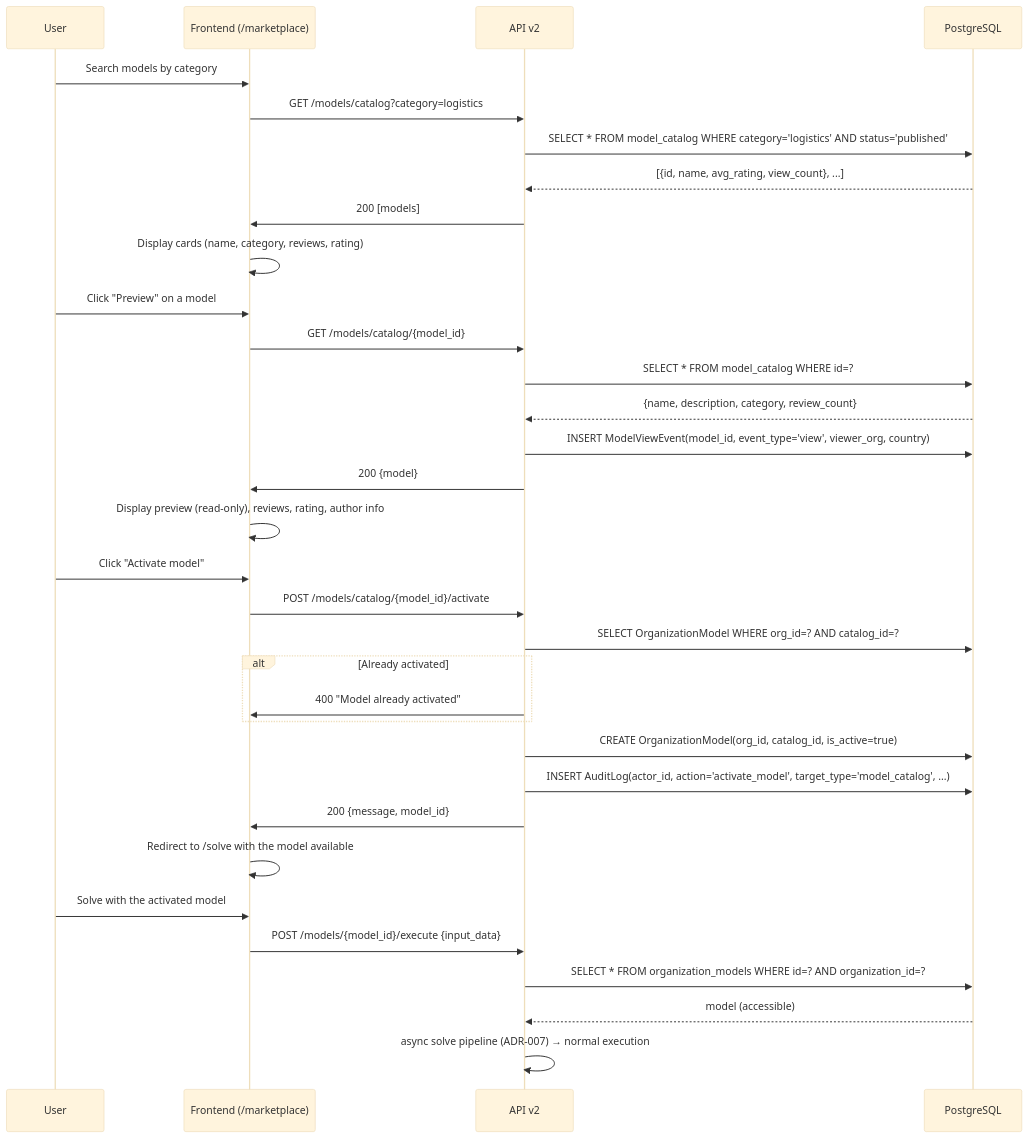
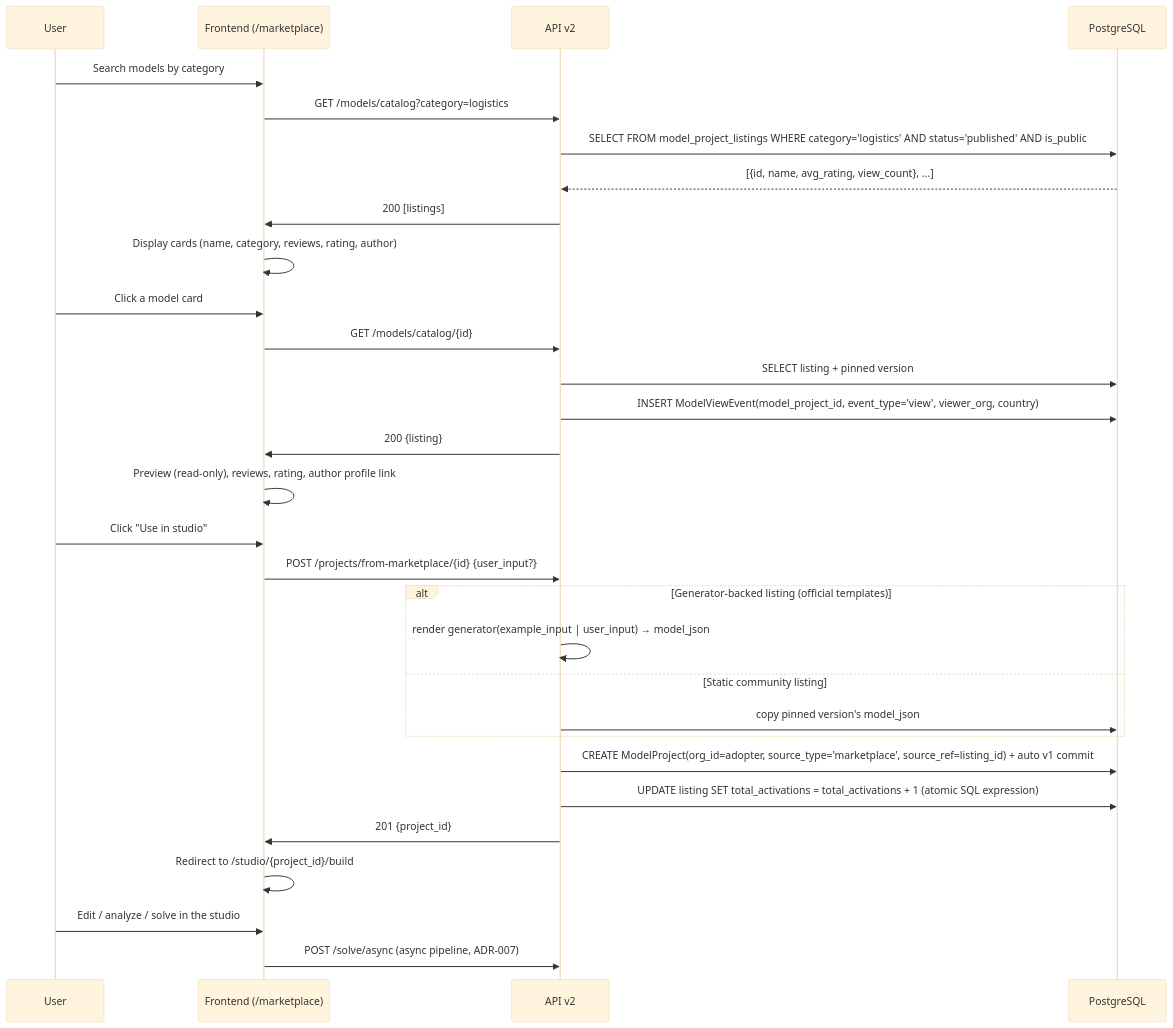
Before and after one commit to avallavall/jaot: the diagram in docs/ARCHITECTURE/07-use-cases/04-marketplace-buy.md, drawn with Mermaid (base theme). The commit also changed other lines of this file and 12 other files, not shown here.

First line of the commit message:
docs(architecture): P1.5 sweep — README and repo docs to the fused reality

````diff
--- a/docs/ARCHITECTURE/07-use-cases/04-marketplace-buy.md
+++ b/docs/ARCHITECTURE/07-use-cases/04-marketplace-buy.md
@@ -11,40 +18,36 @@
 ```mermaid
 sequenceDiagram
     participant User as User
     participant Frontend as Frontend (/marketplace)
     participant API as API v2
     participant DB as PostgreSQL
 
     User->>Frontend: Search models by category
     Frontend->>API: GET /models/catalog?category=logistics
-    API->>DB: SELECT * FROM model_catalog WHERE category='logistics' AND status='published'
+    API->>DB: SELECT FROM model_project_listings WHERE category='logistics' AND status='published' AND is_public
     DB-->>API: [{id, name, avg_rating, view_count}, ...]
-    API->>Frontend: 200 [models]
+    API->>Frontend: 200 [listings]
 
-    Frontend->>Frontend: Display cards (name, category, reviews, rating)
-    User->>Frontend: Click "Preview" on a model
-    Frontend->>API: GET /models/catalog/{model_id}
-    API->>DB: SELECT * FROM model_catalog WHERE id=?
-    DB-->>API: {name, description, category, review_count}
-    API->>DB: INSERT ModelViewEvent(model_id, event_type='view', viewer_org, country)
+    Frontend->>Frontend: Display cards (name, category, reviews, rating, author)
+    User->>Frontend: Click a model card
+    Frontend->>API: GET /models/catalog/{id}
+    API->>DB: SELECT listing + pinned version
+    API->>DB: INSERT ModelViewEvent(model_project_id, event_type='view', viewer_org, country)
+    API->>Frontend: 200 {listing}
+    Frontend->>Frontend: Preview (read-only), reviews, rating, author profile link
 
-    API->>Frontend: 200 {model}
-    Frontend->>Frontend: Display preview (read-only), reviews, rating, author info
+    User->>Frontend: Click "Use in studio"
+    Frontend->>API: POST /projects/from-marketplace/{id} {user_input?}
+    alt Generator-backed listing (official templates)
+        API->>API: render generator(example_input | user_input) → model_json
+    else Static community listing
+        API->>DB: copy pinned version's model_json
+    end
+    API->>DB: CREATE ModelProject(org_id=adopter, source_type='marketplace', source_ref=listing_id) + auto v1 commit
+    API->>DB: UPDATE listing SET total_activations = total_activations + 1 (atomic SQL expression)
+    API->>Frontend: 201 {project_id}
+    Frontend->>Frontend: Redirect to /studio/{project_id}/build
 
-    User->>Frontend: Click "Activate model"
-    Frontend->>API: POST /models/catalog/{model_id}/activate
-    API->>DB: SELECT OrganizationModel WHERE org_id=? AND catalog_id=?
-    alt Already activated
-        API->>Frontend: 400 "Model already activated"
-    end
-    API->>DB: CREATE OrganizationModel(org_id, catalog_id, is_active=true)
-    API->>DB: INSERT AuditLog(actor_id, action='activate_model', target_type='model_catalog', ...)
-    API->>Frontend: 200 {message, model_id}
-    Frontend->>Frontend: Redirect to /solve with the model available
-
-    User->>Frontend: Solve with the activated model
-    Frontend->>API: POST /models/{model_id}/execute {input_data}
-    API->>DB: SELECT * FROM organization_models WHERE id=? AND organization_id=?
-    DB-->>API: model (accessible)
-    API->>API: async solve pipeline (ADR-007) → normal execution
+    User->>Frontend: Edit / analyze / solve in the studio
+    Frontend->>API: POST /solve/async (async pipeline, ADR-007)
 ```
````
